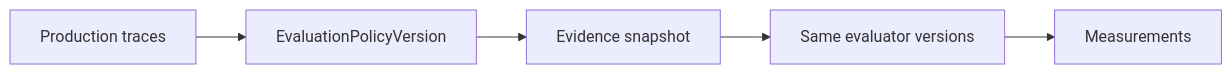
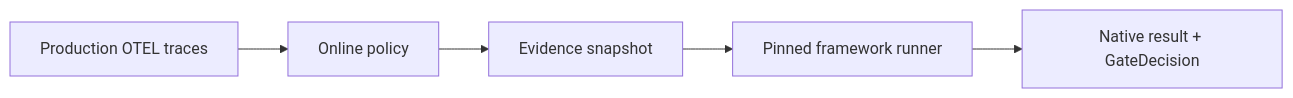
Before and after one commit to softprobe/document-website: the eighth of 8 diagrams in en/evaluation/how-it-works.md, drawn with Mermaid. The commit also changed other lines of this file and 57 other files, not shown here.

````diff
--- a/en/evaluation/how-it-works.md
+++ b/en/evaluation/how-it-works.md
@@ -204,9 +179,9 @@
 ```mermaid
 flowchart LR
-  Prod[Production traces]
-  Pol[EvaluationPolicyVersion]
+  Prod[Production OTEL traces]
+  Pol[Online policy]
   Snap[Evidence snapshot]
-  Eval[Same evaluator versions]
-  Meas[Measurements]
-  Prod --> Pol --> Snap --> Eval --> Meas
+  Runner[Pinned framework runner]
+  Native[Native result + GateDecision]
+  Prod --> Pol --> Snap --> Runner --> Native
 ```
````
